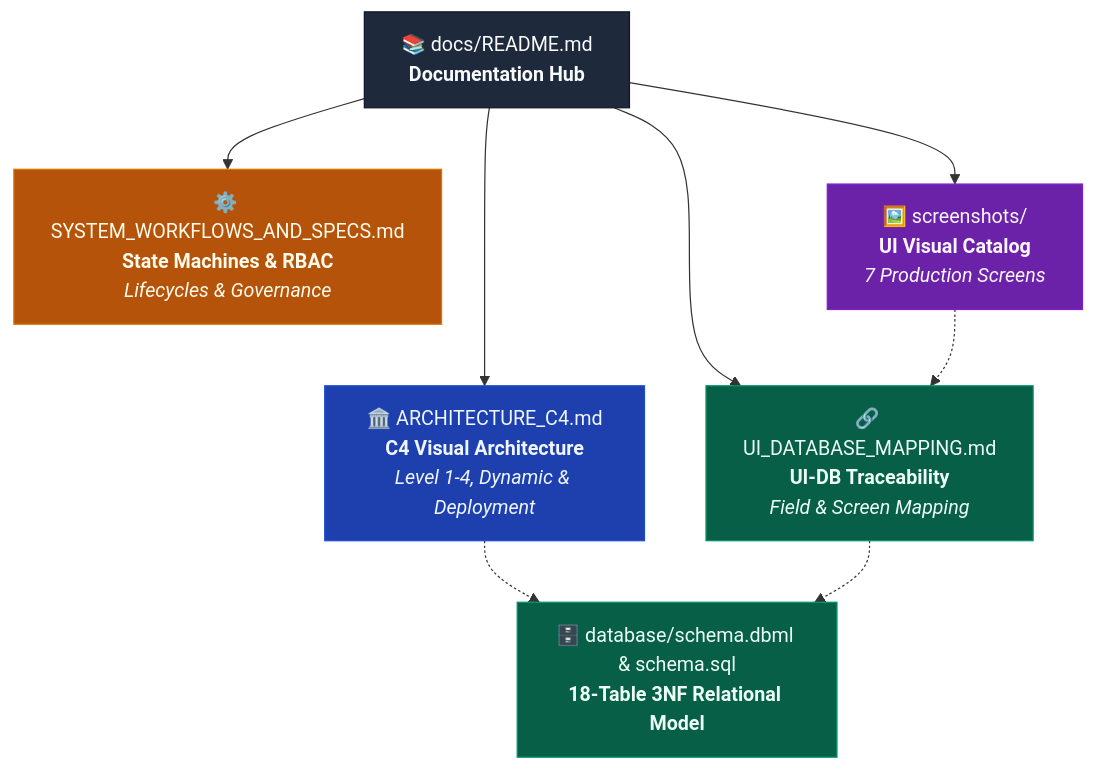
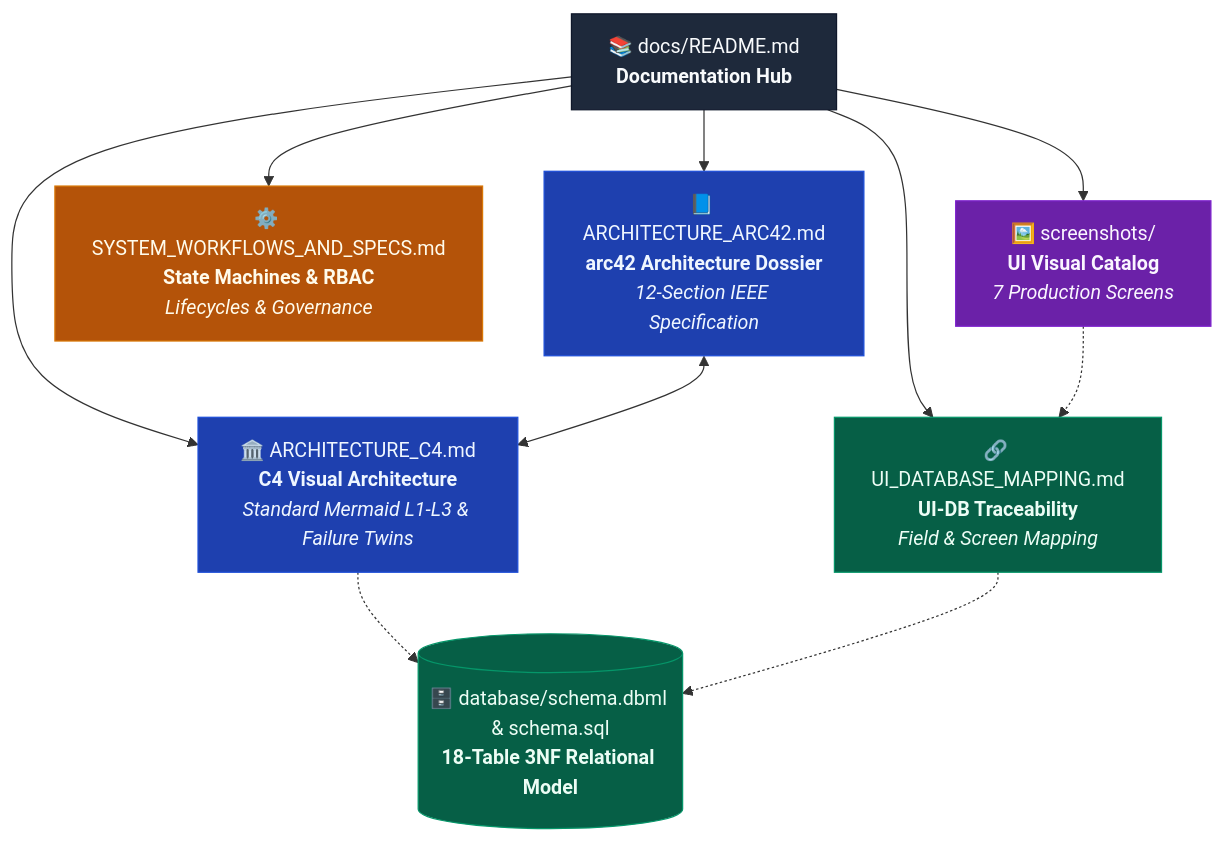
The diagram in docs/README.md (QuanAnh280605/NguyenAnhQuan-Household-Management), drawn with Mermaid before and after one commit. The commit also changed other lines of this file and 3 other files, not shown here.

Commit message:
docs: add comprehensive system architecture, workflow, and project documentation

````diff
--- a/docs/README.md
+++ b/docs/README.md
@@ -5,31 +5,29 @@
 ```mermaid
-graph TD
+flowchart TD
     Hub["📚 docs/README.md<br/><b>Documentation Hub</b>"]
     
-    C4["🏛️ ARCHITECTURE_C4.md<br/><b>C4 Visual Architecture</b><br/><i>Level 1-4, Dynamic & Deployment</i>"]
+    Arc42["📘 ARCHITECTURE_ARC42.md<br/><b>arc42 Architecture Dossier</b><br/><i>12-Section IEEE Specification</i>"]
+    C4["🏛️ ARCHITECTURE_C4.md<br/><b>C4 Visual Architecture</b><br/><i>Standard Mermaid L1-L3 & Failure Twins</i>"]
     Specs["⚙️ SYSTEM_WORKFLOWS_AND_SPECS.md<br/><b>State Machines & RBAC</b><br/><i>Lifecycles & Governance</i>"]
     Trace["🔗 UI_DATABASE_MAPPING.md<br/><b>UI-DB Traceability</b><br/><i>Field & Screen Mapping</i>"]
     Shots["🖼️ screenshots/<br/><b>UI Visual Catalog</b><br/><i>7 Production Screens</i>"]
-    DB["🗄️ database/schema.dbml & schema.sql<br/><b>18-Table 3NF Relational Model</b>"]
+    DB[("🗄️ database/schema.dbml & schema.sql<br/><b>18-Table 3NF Relational Model</b>")]
 
+    Hub --> Arc42
     Hub --> C4
     Hub --> Specs
     Hub --> Trace
     Hub --> Shots
+    Arc42 <--> C4
     C4 -.-> DB
     Trace -.-> DB
     Shots -.-> Trace
 
-    classDef hub fill:#1e293b,stroke:#0f172a,color:#f8fafc;
-    classDef arch fill:#1e40af,stroke:#1d4ed8,color:#eff6ff;
-    classDef spec fill:#b45309,stroke:#d97706,color:#fffbeb;
-    classDef data fill:#065f46,stroke:#059669,color:#ecfdf5;
-    classDef ui fill:#6b21a8,stroke:#7e22ce,color:#faf5ff;
-
-    class Hub hub;
-    class C4 arch;
-    class Specs spec;
-    class DB data;
-    class Trace data;
-    class Shots ui;
+    style Hub fill:#1e293b,stroke:#0f172a,color:#f8fafc
+    style Arc42 fill:#1e40af,stroke:#1d4ed8,color:#eff6ff
+    style C4 fill:#1e40af,stroke:#1d4ed8,color:#eff6ff
+    style Specs fill:#b45309,stroke:#d97706,color:#fffbeb
+    style DB fill:#065f46,stroke:#059669,color:#ecfdf5
+    style Trace fill:#065f46,stroke:#059669,color:#ecfdf5
+    style Shots fill:#6b21a8,stroke:#7e22ce,color:#faf5ff
 ```
````
